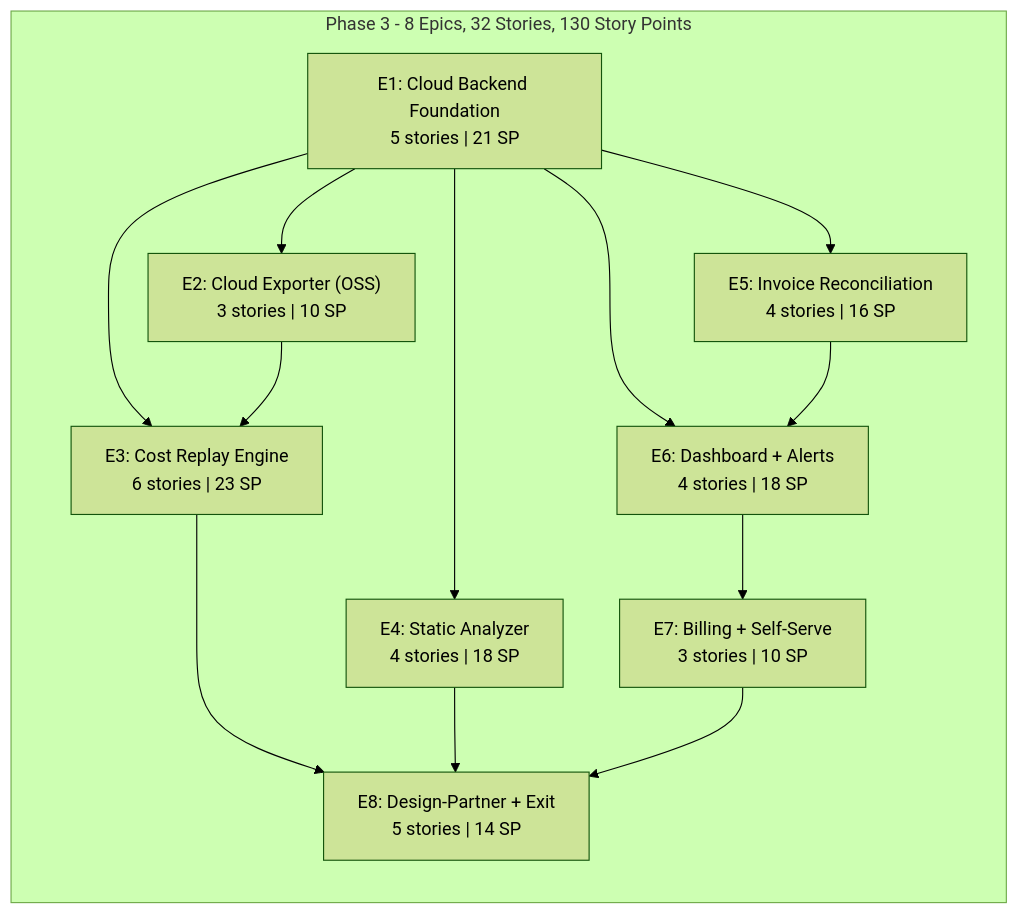
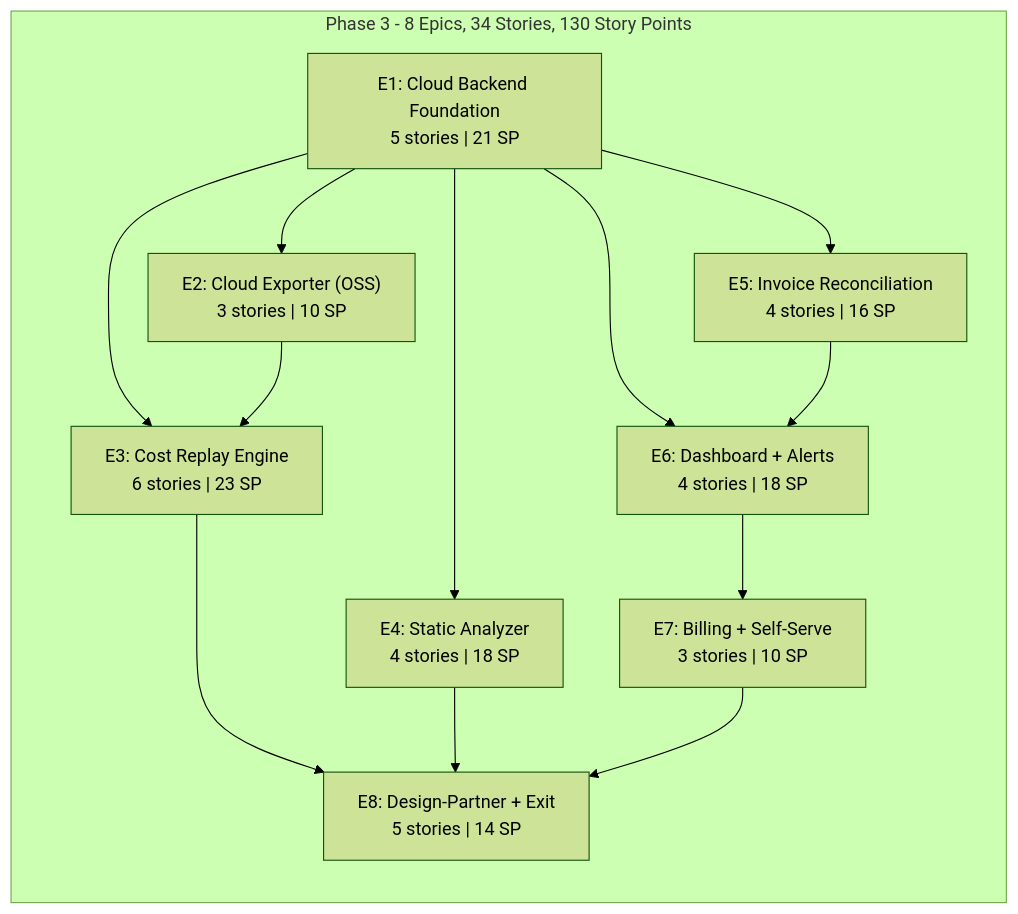
One commit to inkfoot/InkFoot changed the third of 3 diagrams in docs/planned/phase3/inkfoot_phase3_development_epics.md. Above: the diagram before and after it, drawn with Mermaid (forest theme). The commit also changed other lines of this file and 7 other files, not shown here.

````diff
--- a/docs/planned/phase3/inkfoot_phase3_development_epics.md
+++ b/docs/planned/phase3/inkfoot_phase3_development_epics.md
@@ -872,25 +896,25 @@
 ```mermaid
 graph TB
-    subgraph SUMMARY["Phase 3 - 8 Epics, 32 Stories, 130 Story Points"]
+    subgraph SUMMARY["Phase 3 - 8 Epics, 34 Stories, 130 Story Points"]
         direction TB
         E1S["E1: Cloud Backend Foundation<br/>5 stories | 21 SP"]
         E2S["E2: Cloud Exporter (OSS)<br/>3 stories | 10 SP"]
         E3S["E3: Cost Replay Engine<br/>6 stories | 23 SP"]
         E4S["E4: Static Analyzer<br/>4 stories | 18 SP"]
         E5S["E5: Invoice Reconciliation<br/>4 stories | 16 SP"]
         E6S["E6: Dashboard + Alerts<br/>4 stories | 18 SP"]
         E7S["E7: Billing + Self-Serve<br/>3 stories | 10 SP"]
         E8S["E8: Design-Partner + Exit<br/>5 stories | 14 SP"]
     end
     E1S --> E2S
     E1S --> E3S
     E1S --> E4S
     E1S --> E5S
     E1S --> E6S
     E2S --> E3S
     E3S --> E8S
     E4S --> E8S
     E5S --> E6S
     E6S --> E7S
     E7S --> E8S
 ```
````
